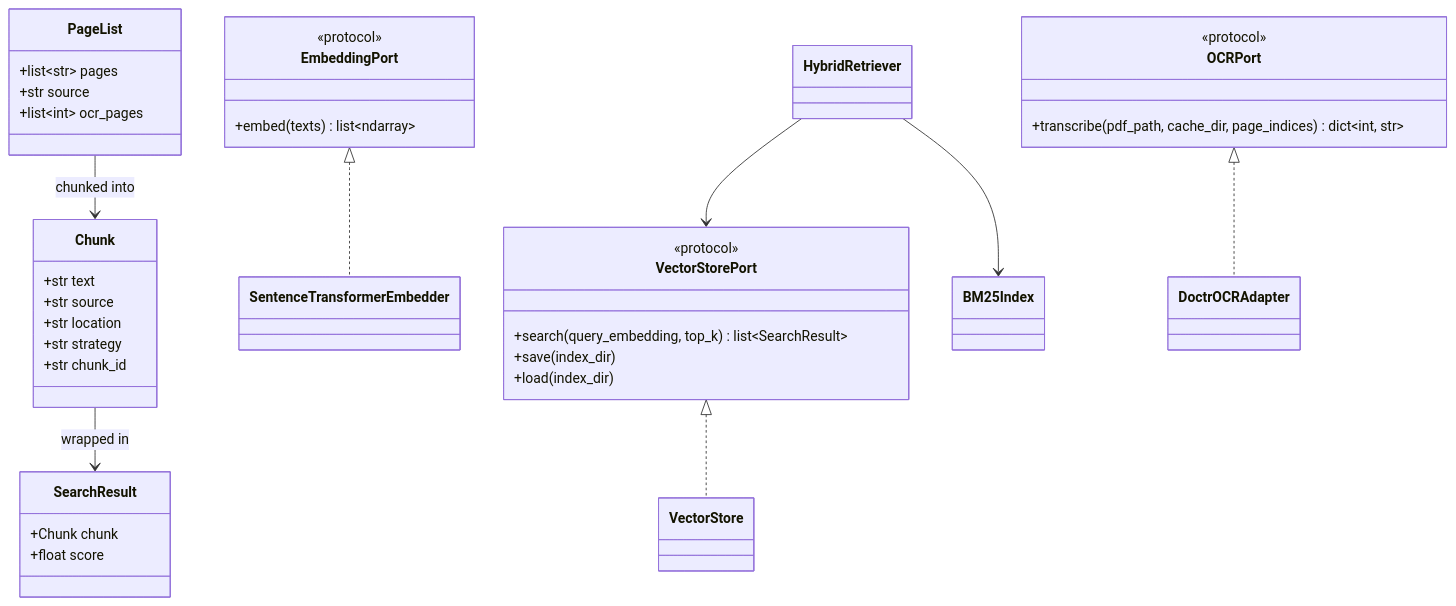
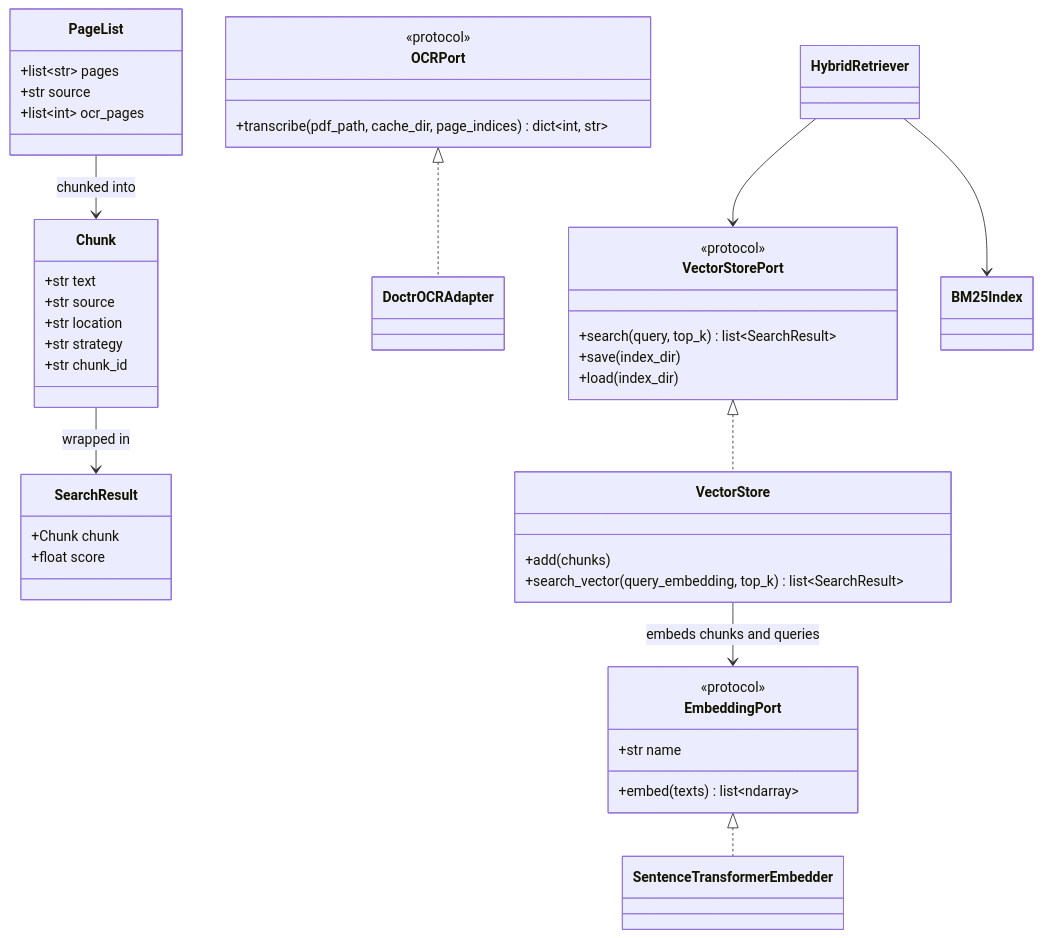
One commit to nicooga/claude-architect-course changed the second of 2 diagrams in src/rag/docs/architecture.md. Above: the diagram before and after it, drawn with Mermaid. The commit also changed other lines of this file and 6 other files, not shown here.

Commit message:
Refactor/redesign VectorStore to simplify its API and increase encapsulation

````diff
--- a/src/rag/docs/architecture.md
+++ b/src/rag/docs/architecture.md
@@ -52,46 +52,51 @@
 ```mermaid
 classDiagram
     class PageList {
         +list~str~ pages
         +str source
         +list~int~ ocr_pages
     }
     class Chunk {
         +str text
         +str source
         +str location
         +str strategy
         +str chunk_id
     }
     class SearchResult {
         +Chunk chunk
         +float score
     }
     class EmbeddingPort {
         <<protocol>>
+        +str name
         +embed(texts) list~ndarray~
     }
     class OCRPort {
         <<protocol>>
         +transcribe(pdf_path, cache_dir, page_indices) dict~int, str~
     }
     class VectorStorePort {
         <<protocol>>
-        +search(query_embedding, top_k) list~SearchResult~
+        +search(query, top_k) list~SearchResult~
         +save(index_dir)
         +load(index_dir)
     }
     class SentenceTransformerEmbedder
     class DoctrOCRAdapter
-    class VectorStore
+    class VectorStore {
+        +add(chunks)
+        +search_vector(query_embedding, top_k) list~SearchResult~
+    }
     class BM25Index
     class HybridRetriever
 
     EmbeddingPort <|.. SentenceTransformerEmbedder
     OCRPort <|.. DoctrOCRAdapter
     VectorStorePort <|.. VectorStore
+    VectorStore --> EmbeddingPort : embeds chunks and queries
     HybridRetriever --> VectorStorePort
     HybridRetriever --> BM25Index
     PageList --> Chunk : chunked into
     Chunk --> SearchResult : wrapped in
 ```
````
